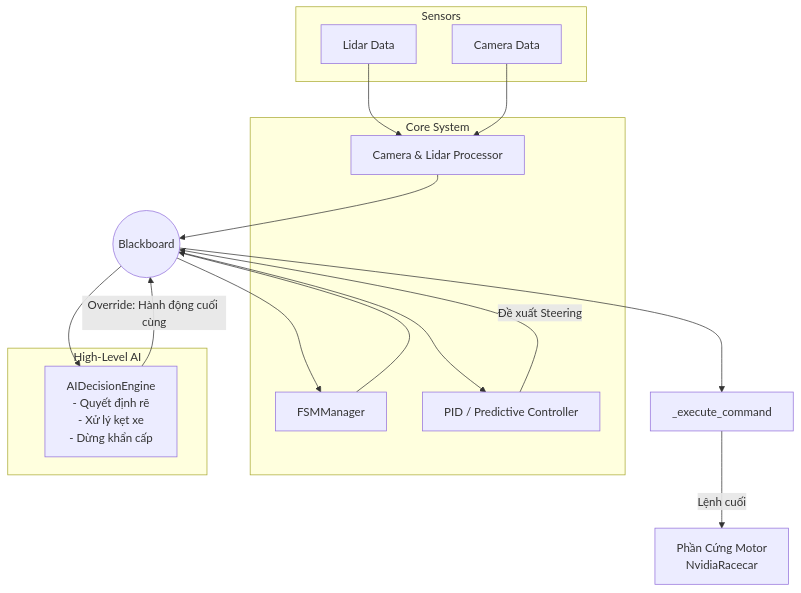
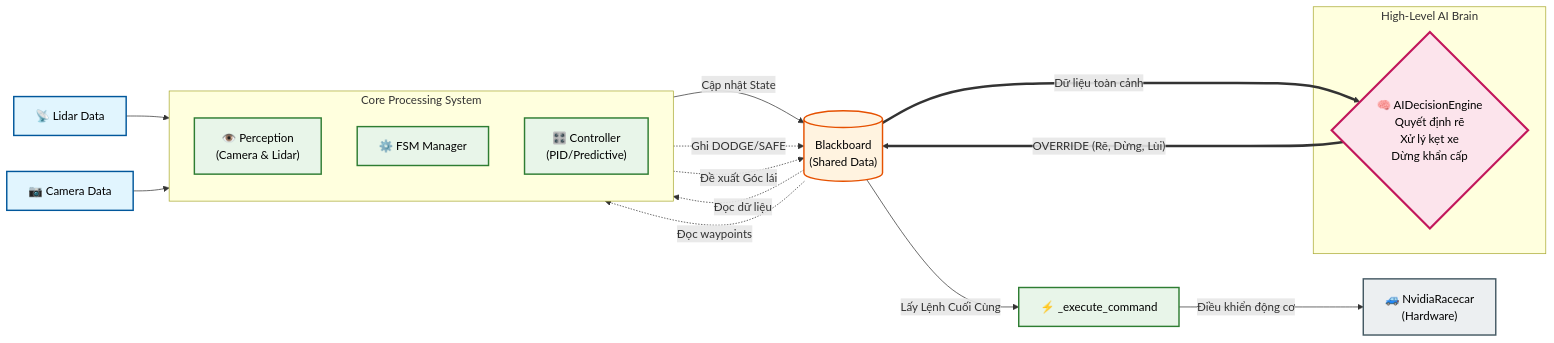
One commit to Tung-pro123/PromptEnginner changed the second of 2 diagrams in analyze/tasks_architecture.md. Above: the diagram before and after it, drawn with Mermaid. The commit also changed 4 other files, not shown here.

````diff
--- a/analyze/tasks_architecture.md
+++ b/analyze/tasks_architecture.md
@@ -60,37 +60,45 @@
 ```mermaid
-graph TD
-    subgraph Sensors
-        L["Lidar Data"]
-        C["Camera Data"]
+flowchart LR
+    %% Style (Màu sắc và viền)
+    classDef sensor fill:#e1f5fe,stroke:#01579b,stroke-width:2px,color:#000
+    classDef core fill:#e8f5e9,stroke:#2e7d32,stroke-width:2px,color:#000
+    classDef bb fill:#fff3e0,stroke:#e65100,stroke-width:2px,color:#000
+    classDef ai fill:#fce4ec,stroke:#c2185b,stroke-width:3px,color:#000
+    classDef hw fill:#eceff1,stroke:#455a64,stroke-width:2px,color:#000
+
+    %% Nodes
+    Lidar["📡 Lidar Data"]:::sensor
+    Cam["📷 Camera Data"]:::sensor
+    BB[("Blackboard<br>(Shared Data)")]:::bb
+
+    subgraph Core["Core Processing System"]
+        direction TB
+        Perception["👁️ Perception<br>(Camera & Lidar)"]:::core
+        FSM["⚙️ FSM Manager"]:::core
+        CTRL["🎛️ Controller<br>(PID/Predictive)"]:::core
     end
 
-    subgraph Core System
-        Perception["Camera & Lidar Processor"]
-        FSM["FSMManager"]
-        CTRL["PID / Predictive Controller"]
+    subgraph Brain["High-Level AI Brain"]
+        AI{"🧠 AIDecisionEngine<br>Quyết định rẽ<br>Xử lý kẹt xe<br>Dừng khẩn cấp"}:::ai
     end
+
+    EXEC["⚡ _execute_command"]:::core
+    Motor["🚙 NvidiaRacecar<br>(Hardware)"]:::hw
+
+    %% Connections
+    Lidar --> Perception
+    Cam --> Perception
+    Perception -->|"Cập nhật State"| BB
     
-    BB(("Blackboard"))
+    BB -.->|"Đọc dữ liệu"| FSM
+    FSM -.->|"Ghi DODGE/SAFE"| BB
     
-    subgraph High-Level AI
-        AI["AIDecisionEngine<br>- Quyết định rẽ<br>- Xử lý kẹt xe<br>- Dừng khẩn cấp"]
-    end
+    BB -.->|"Đọc waypoints"| CTRL
+    CTRL -.->|"Đề xuất Góc lái"| BB
     
-    Motor["Phần Cứng Motor<br>NvidiaRacecar"]
-
-    L --> Perception
-    C --> Perception
-    Perception --> BB
+    BB ===>|"Dữ liệu toàn cảnh"| AI
+    AI ===>|"OVERRIDE (Rẽ, Dừng, Lùi)"| BB
     
-    BB --> FSM
-    FSM --> BB
-    
-    BB --> CTRL
-    CTRL -->|"Đề xuất Steering"| BB
-    
-    BB --> AI
-    AI -->|"Override: Hành động cuối cùng"| BB
-    
-    BB --> EXEC["_execute_command"]
-    EXEC -->|"Lệnh cuối"| Motor
+    BB -->|"Lấy Lệnh Cuối Cùng"| EXEC
+    EXEC -->|"Điều khiển động cơ"| Motor
 ```
````
